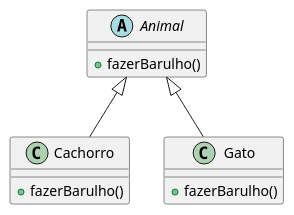
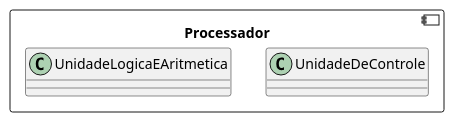
The seventh of 13 diagrams in teste.puml (LeonardoVieiraGuimaraes/OrientacaoObjetos), drawn with PlantUML before and after one commit. The commit also changed other lines of this file and 24 other files, not shown here.

```diff
--- a/teste.puml
+++ b/teste.puml
@@ -1,16 +181,9 @@
 @startuml
-abstract class Animal {
-    + fazerBarulho()
+skinparam BackgroundColor transparent
+skinparam componentStyle uml2
+component "Processador" {
+    class UnidadeDeControle
+    class UnidadeLogicaEAritmetica
 }
 
-class Cachorro {
-    + fazerBarulho()
-}
-
-class Gato {
-    + fazerBarulho()
-}
-
-Animal <|-- Cachorro
-Animal <|-- Gato
 @enduml
```
